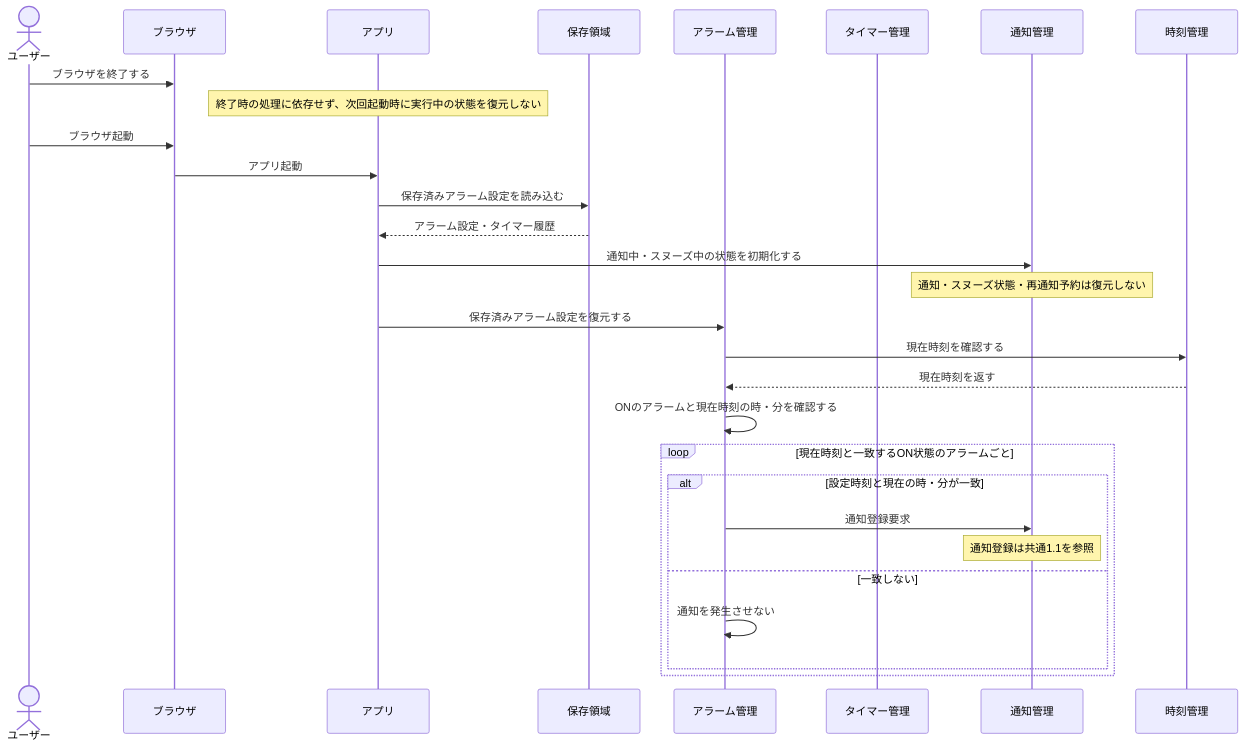
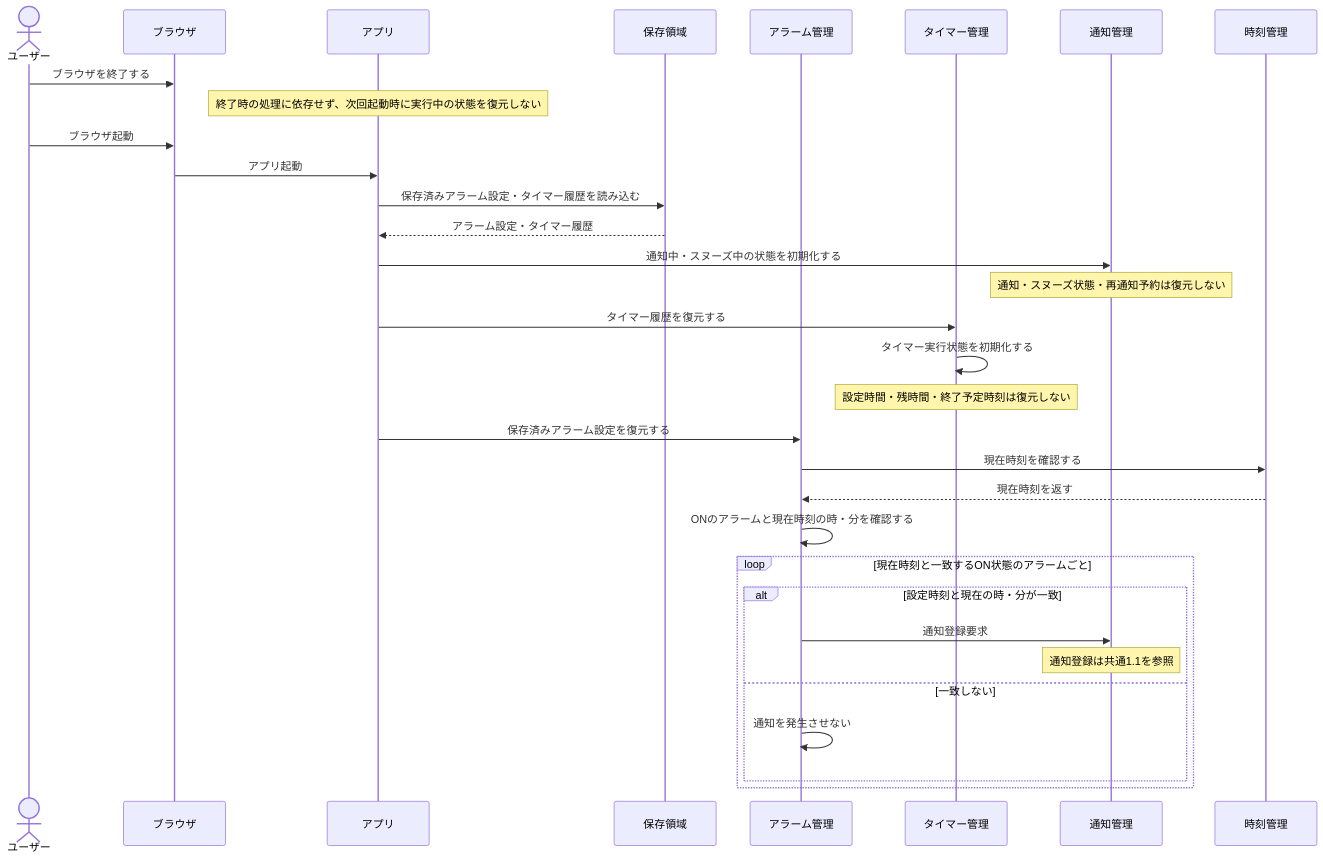
The seventh of 7 diagrams in document/設計/シーケンス図/共通シーケンス図.md (shun62201234-crypto/timerApplication), drawn with Mermaid before and after one commit. The commit also changed other lines of this file and 2 other files, not shown here.

First line of the commit message:
シーケンス図を修正（共通・アラーム・タイマー）

````diff
--- a/document/設計/シーケンス図/共通シーケンス図.md
+++ b/document/設計/シーケンス図/共通シーケンス図.md
@@ -229,37 +230,41 @@
 ```mermaid
 sequenceDiagram
     actor User as ユーザー
     participant Browser as ブラウザ
     participant App as アプリ
     participant Storage as 保存領域
     participant Alarm as アラーム管理
     participant Timer as タイマー管理
     participant Notify as 通知管理
     participant Clock as 時刻管理
 
     User->>Browser: ブラウザを終了する
     Note over App: 終了時の処理に依存せず、次回起動時に実行中の状態を復元しない
 
     User->>Browser: ブラウザ起動
     Browser->>App: アプリ起動
-    App->>Storage: 保存済みアラーム設定を読み込む
+    App->>Storage: 保存済みアラーム設定・タイマー履歴を読み込む
     Storage-->>App: アラーム設定・タイマー履歴
 
     App->>Notify: 通知中・スヌーズ中の状態を初期化する
     Note over Notify: 通知・スヌーズ状態・再通知予約は復元しない
+
+    App->>Timer: タイマー履歴を復元する
+    Timer->>Timer: タイマー実行状態を初期化する
+    Note over Timer: 設定時間・残時間・終了予定時刻は復元しない
 
     App->>Alarm: 保存済みアラーム設定を復元する
     Alarm->>Clock: 現在時刻を確認する
     Clock-->>Alarm: 現在時刻を返す
 
     Alarm->>Alarm: ONのアラームと現在時刻の時・分を確認する
 
     loop 現在時刻と一致するON状態のアラームごと
         alt 設定時刻と現在の時・分が一致
             Alarm->>Notify: 通知登録要求
             Note over Notify: 通知登録は共通1.1を参照
         else 一致しない
             Alarm->>Alarm: 通知を発生させない
         end
     end
 ```
````
